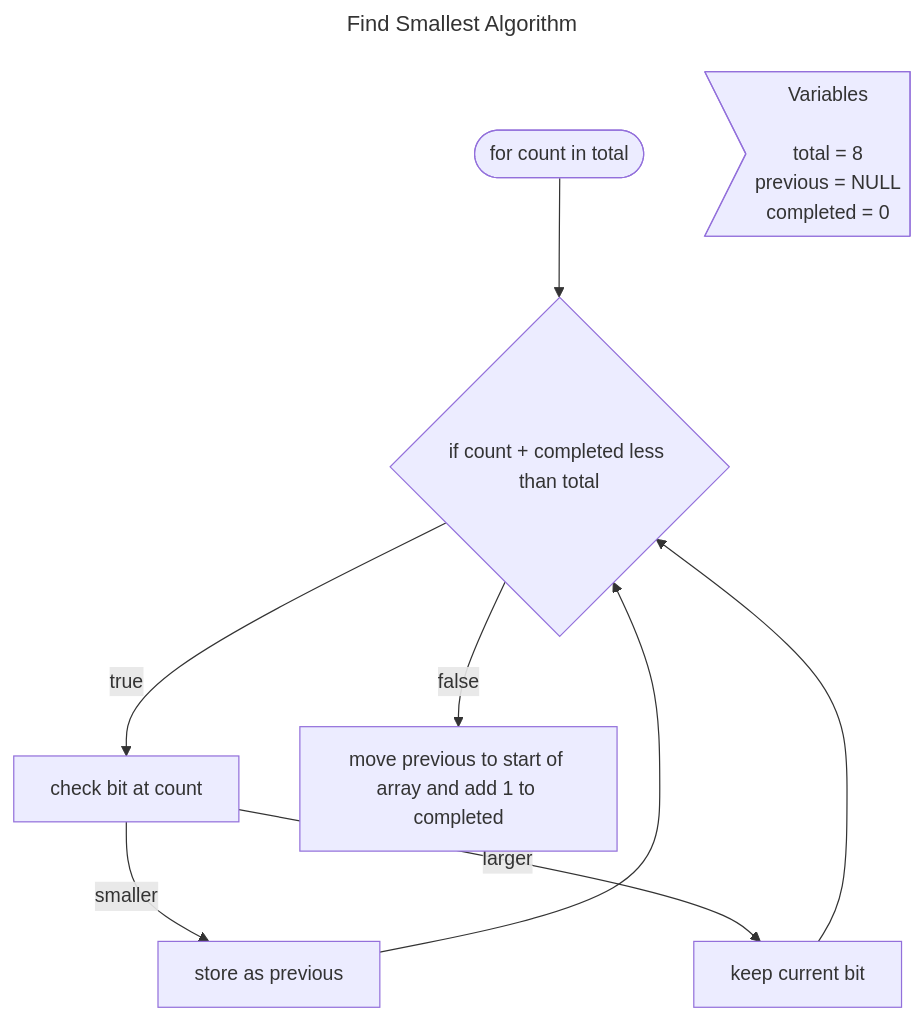
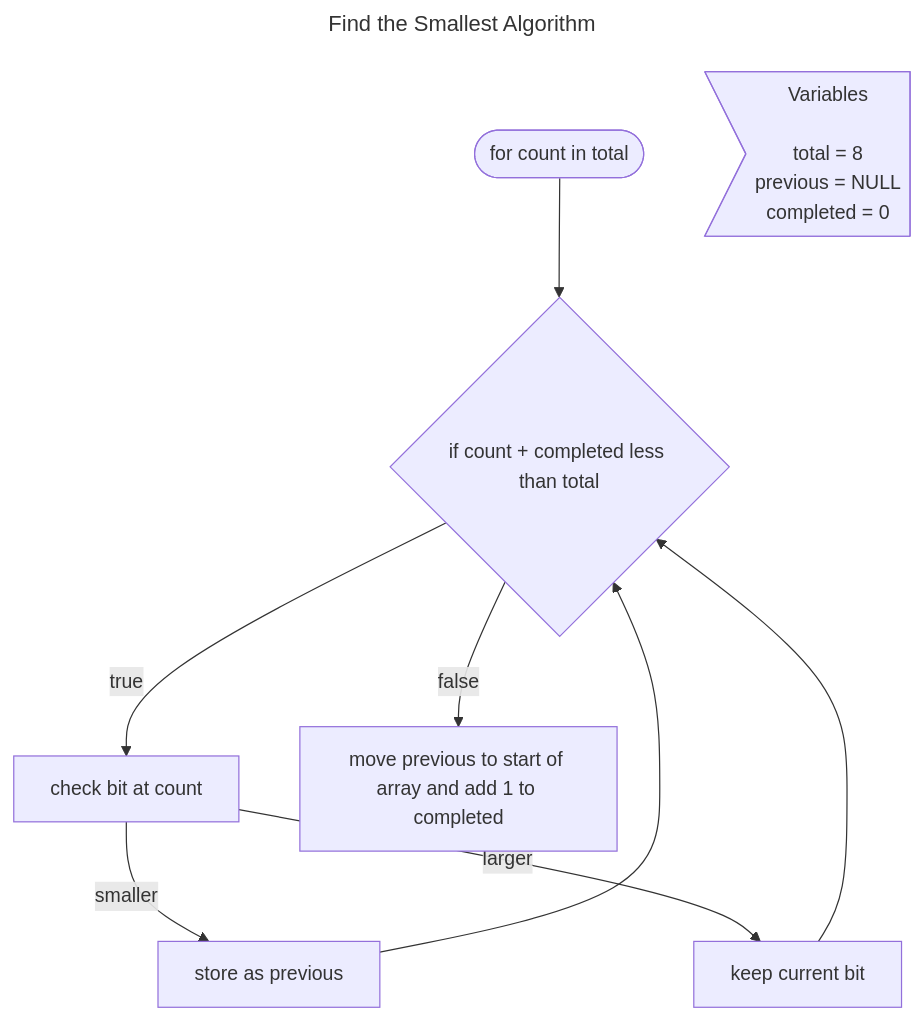
The fourth of 5 diagrams in CS50/03-Algorithms/README.md (maclong9/harvard-compsci), drawn with Mermaid before and after one commit. The commit also changed other lines of this file, not shown here.

````diff
--- a/CS50/03-Algorithms/README.md
+++ b/CS50/03-Algorithms/README.md
@@ -98,15 +98,15 @@
 ``` mermaid
 ---
-title: Find Smallest Algorithm
+title: Find the Smallest Algorithm
 ---
 
 flowchart TD
     vars>"Variables\n\ntotal = 8\nprevious = NULL\ncompleted = 0"]
     1(["for count in total"]) -->
     2{"if count + completed less than total"}
     2 --> |true| 3
     2 --> |false| 4["move previous to start of array and add 1 to completed"]
     3["check bit at count"] 
     3 --> |"smaller"| 5["store as previous"] --> 2
     3 --> |"larger"| 6["keep current bit"] --> 2
 ```
````
